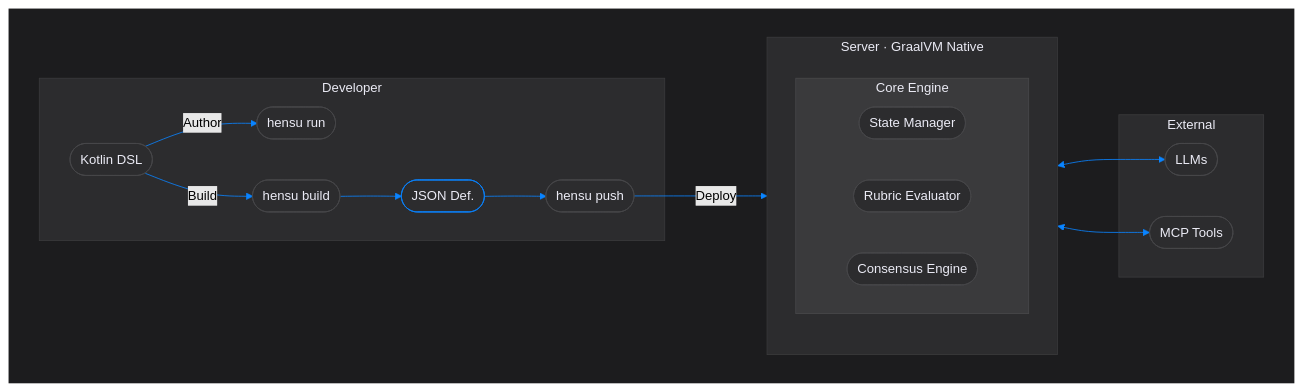
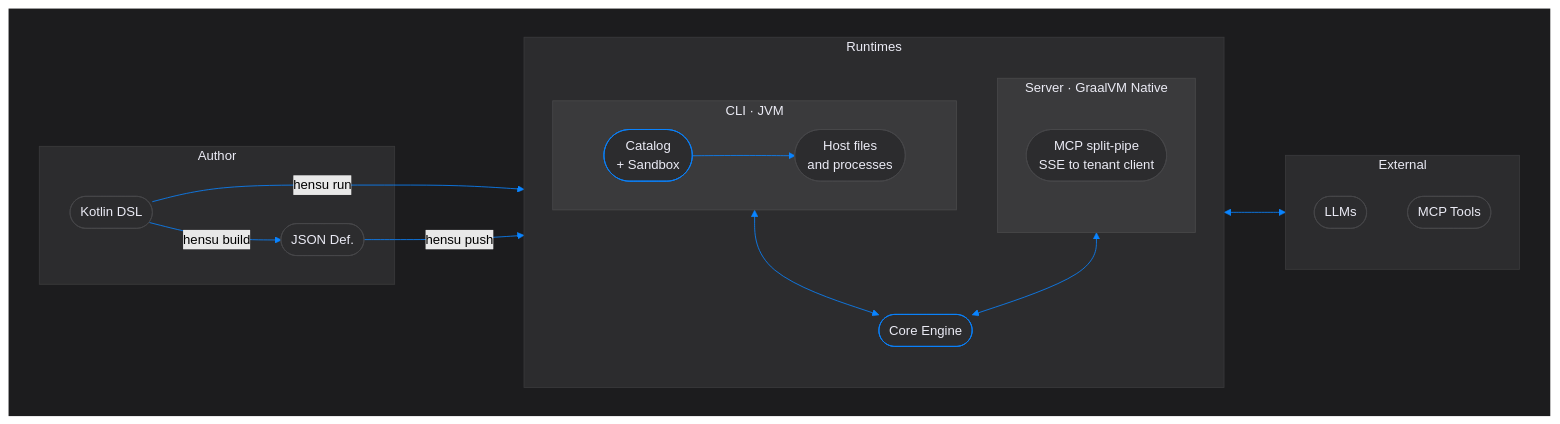
Before and after one commit to hensu-project/hensu: the diagram in README.md, drawn with Mermaid (forest theme). The commit also changed other lines of this file and 57 other files, not shown here.

First line of the commit message:
feat(cli): declare commands in a catalog and run them in an OS sandbox (#100)

````diff
--- a/README.md
+++ b/README.md
@@ -207,51 +284,56 @@
 ```mermaid
 flowchart LR
     subgraph bg["‍"]
         direction LR
-        subgraph dev["Developer"]
+        subgraph dev["Author"]
             dsl(["Kotlin DSL"])
-            run(["hensu run"])
-            build(["hensu build"])
             json(["JSON Def."])
-            push(["hensu push"])
         end
 
-        subgraph srv["Server · GraalVM Native"]
-            subgraph engine["Core Engine"]
-                sm(["State Manager"])
-                re(["Rubric Evaluator"])
-                ce(["Consensus Engine"])
+        subgraph rt["Runtimes"]
+            direction TB
+            subgraph cli["CLI · JVM"]
+                direction LR
+                gate(["Catalog<br/>+ Sandbox"])
+                host(["Host files<br/>and processes"])
+            end
+
+            core(["Core Engine"])
+
+            subgraph srv["Server · GraalVM Native"]
+                pipe(["MCP split-pipe<br/>SSE to tenant client"])
             end
         end
 
         subgraph ext["External"]
             llms(["LLMs"])
             mcp(["MCP Tools"])
         end
 
-        dsl -->|"Author"| run
-        dsl -->|"Build"| build
-        build --> json --> push -->|"Deploy"| srv
-        srv <--> llms
-        srv <--> mcp
+        dsl -->|"hensu run"| cli
+        dsl -->|"hensu build"| json
+        json -->|"hensu push"| srv
+        cli <--> core
+        srv <--> core
+        core <--> ext
+        gate --> host
     end
 
-    style bg     fill:#1c1c1e, stroke:none
-    style dev    fill:#2c2c2e, stroke:#3a3a3c, color:#ebebf5, stroke-width:1px
-    style srv    fill:#2c2c2e, stroke:#3a3a3c, color:#ebebf5, stroke-width:1px
-    style engine fill:#3a3a3c, stroke:#48484a, color:#ebebf5, stroke-width:1px
-    style ext    fill:#2c2c2e, stroke:#3a3a3c, color:#ebebf5, stroke-width:1px
-    style json   fill:#2c2c2e, stroke:#0A84FF, color:#ebebf5, stroke-width:1px
+    style bg   fill:#1c1c1e, stroke:none
+    style dev  fill:#2c2c2e, stroke:#3a3a3c, color:#ebebf5, stroke-width:1px
+    style rt   fill:#2c2c2e, stroke:#3a3a3c, color:#ebebf5, stroke-width:1px
+    style ext  fill:#2c2c2e, stroke:#3a3a3c, color:#ebebf5, stroke-width:1px
+    style cli  fill:#3a3a3c, stroke:#48484a, color:#ebebf5, stroke-width:1px
+    style srv  fill:#3a3a3c, stroke:#48484a, color:#ebebf5, stroke-width:1px
+    style core fill:#2c2c2e, stroke:#0A84FF, color:#ebebf5, stroke-width:1px
+    style gate fill:#2c2c2e, stroke:#0A84FF, color:#ebebf5, stroke-width:1px
 
-    style dsl    fill:#2c2c2e, stroke:#48484a, color:#ebebf5, stroke-width:1px
-    style run    fill:#2c2c2e, stroke:#48484a, color:#ebebf5, stroke-width:1px
-    style build  fill:#2c2c2e, stroke:#48484a, color:#ebebf5, stroke-width:1px
-    style push   fill:#2c2c2e, stroke:#48484a, color:#ebebf5, stroke-width:1px
-    style sm     fill:#2c2c2e, stroke:#48484a, color:#ebebf5, stroke-width:1px
-    style re     fill:#2c2c2e, stroke:#48484a, color:#ebebf5, stroke-width:1px
-    style ce     fill:#2c2c2e, stroke:#48484a, color:#ebebf5, stroke-width:1px
-    style llms   fill:#2c2c2e, stroke:#48484a, color:#ebebf5, stroke-width:1px
-    style mcp    fill:#2c2c2e, stroke:#48484a, color:#ebebf5, stroke-width:1px
+    style dsl  fill:#2c2c2e, stroke:#48484a, color:#ebebf5, stroke-width:1px
+    style json fill:#2c2c2e, stroke:#48484a, color:#ebebf5, stroke-width:1px
+    style host fill:#2c2c2e, stroke:#48484a, color:#ebebf5, stroke-width:1px
+    style pipe fill:#2c2c2e, stroke:#48484a, color:#ebebf5, stroke-width:1px
+    style llms fill:#2c2c2e, stroke:#48484a, color:#ebebf5, stroke-width:1px
+    style mcp  fill:#2c2c2e, stroke:#48484a, color:#ebebf5, stroke-width:1px
 
     linkStyle default stroke:#0A84FF, stroke-width:1px
 ```
````
